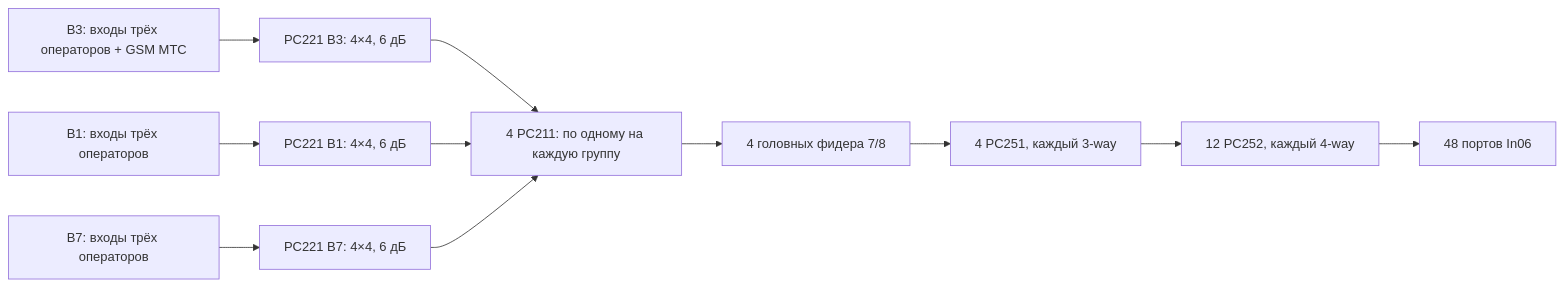
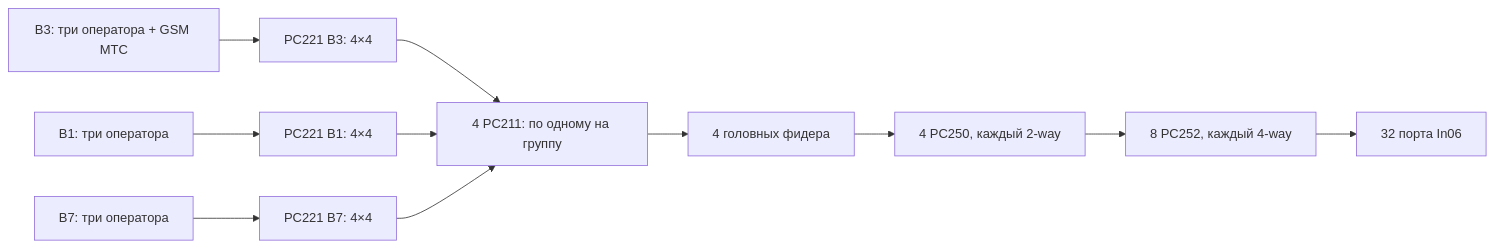
The diagram in docs/final/design-project.md (abalakovpa/mts-engineer-hack-2026-radio), drawn with Mermaid before and after one commit. The commit also changed other lines of this file and 51 other files, not shown here.

````diff
--- a/docs/final/design-project.md
+++ b/docs/final/design-project.md
@@ -31,13 +31,13 @@
 ```mermaid
 flowchart LR
-    B3["B3: входы трёх операторов + GSM МТС"] --> H3["PC221 B3: 4×4, 6 дБ"]
-    B1["B1: входы трёх операторов"] --> H1["PC221 B1: 4×4, 6 дБ"]
-    B7["B7: входы трёх операторов"] --> H7["PC221 B7: 4×4, 6 дБ"]
-    H3 --> T["4 PC211: по одному на каждую группу"]
+    B3["B3: три оператора + GSM МТС"] --> H3["PC221 B3: 4×4"]
+    B1["B1: три оператора"] --> H1["PC221 B1: 4×4"]
+    B7["B7: три оператора"] --> H7["PC221 B7: 4×4"]
+    H3 --> T["4 PC211: по одному на группу"]
     H1 --> T
     H7 --> T
-    T --> F["4 головных фидера 7/8"]
-    F --> D["4 PC251, каждый 3-way"]
-    D --> L["12 PC252, каждый 4-way"]
-    L --> A["48 портов In06"]
+    T --> F["4 головных фидера"]
+    F --> D["4 PC250, каждый 2-way"]
+    D --> L["8 PC252, каждый 4-way"]
+    L --> A["32 порта In06"]
 ```
````
